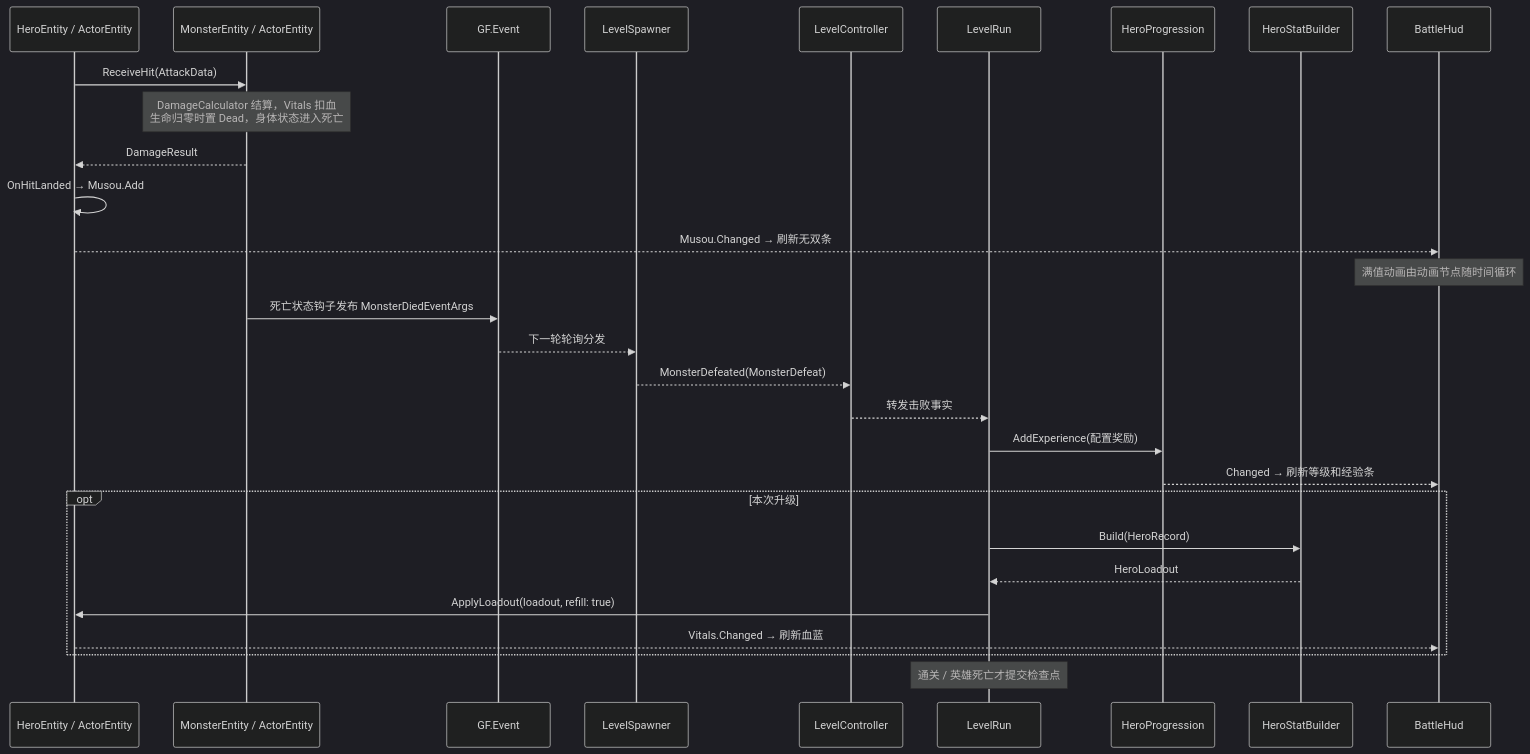
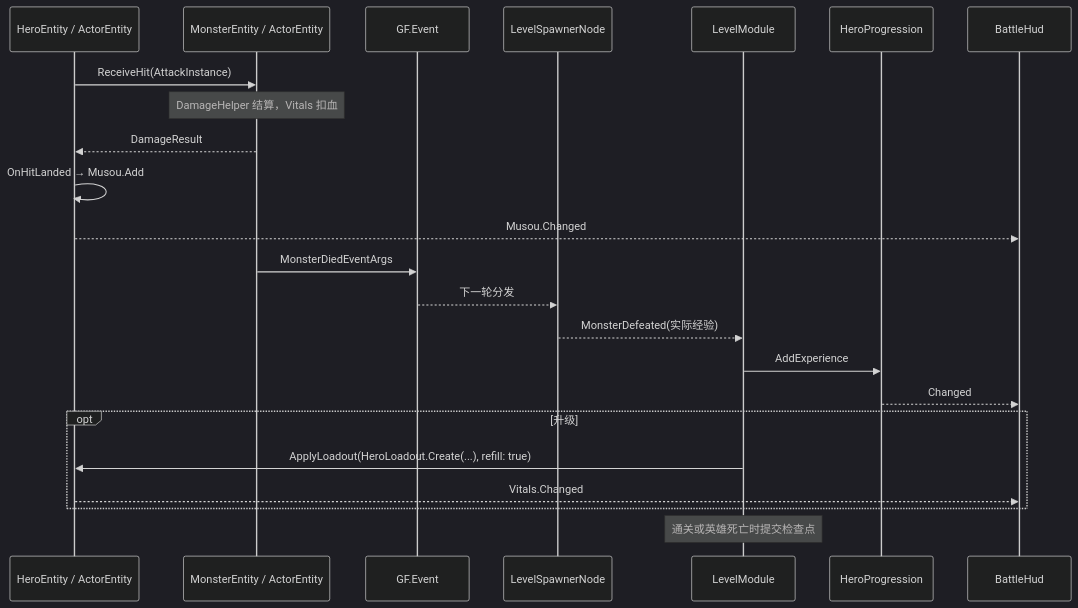
The second of 3 diagrams in Docs/ProjectTour.md (zheliku/GameZMXY), drawn with Mermaid (dark theme) before and after one commit. The commit also changed other lines of this file and 248 other files, not shown here.

````diff
--- a/Docs/ProjectTour.md
+++ b/Docs/ProjectTour.md
@@ -84,31 +57,25 @@
 ```mermaid
 sequenceDiagram
     participant Hero as HeroEntity / ActorEntity
     participant Monster as MonsterEntity / ActorEntity
     participant Events as GF.Event
-    participant Spawner as LevelSpawner
-    participant Level as LevelController
-    participant Run as LevelRun
-    participant Progression as HeroProgression
-    participant Builder as HeroStatBuilder
+    participant Spawner as LevelSpawnerNode
+    participant Level as LevelModule
+    participant Growth as HeroProgression
     participant Hud as BattleHud
-    Hero->>Monster: ReceiveHit(AttackData)
-    Note over Monster: DamageCalculator 结算，Vitals 扣血<br/>生命归零时置 Dead，身体状态进入死亡
+    Hero->>Monster: ReceiveHit(AttackInstance)
+    Note over Monster: DamageHelper 结算，Vitals 扣血
     Monster-->>Hero: DamageResult
     Hero->>Hero: OnHitLanded → Musou.Add
-    Hero-->>Hud: Musou.Changed → 刷新无双条
-    Note over Hud: 满值动画由动画节点随时间循环
-    Monster->>Events: 死亡状态钩子发布 MonsterDiedEventArgs
-    Events-->>Spawner: 下一轮轮询分发
-    Spawner-->>Level: MonsterDefeated(MonsterDefeat)
-    Level-->>Run: 转发击败事实
-    Run->>Progression: AddExperience(配置奖励)
-    Progression-->>Hud: Changed → 刷新等级和经验条
-    opt 本次升级
-        Run->>Builder: Build(HeroRecord)
-        Builder-->>Run: HeroLoadout
-        Run->>Hero: ApplyLoadout(loadout, refill: true)
-        Hero-->>Hud: Vitals.Changed → 刷新血蓝
+    Hero-->>Hud: Musou.Changed
+    Monster->>Events: MonsterDiedEventArgs
+    Events-->>Spawner: 下一轮分发
+    Spawner-->>Level: MonsterDefeated(实际经验)
+    Level->>Growth: AddExperience
+    Growth-->>Hud: Changed
+    opt 升级
+        Level->>Hero: ApplyLoadout(HeroLoadout.Create(...), refill: true)
+        Hero-->>Hud: Vitals.Changed
     end
-    Note over Run: 通关 / 英雄死亡才提交检查点
+    Note over Level: 通关或英雄死亡时提交检查点
 ```
````
